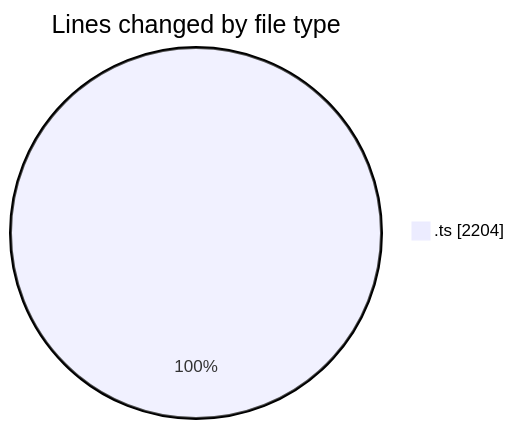
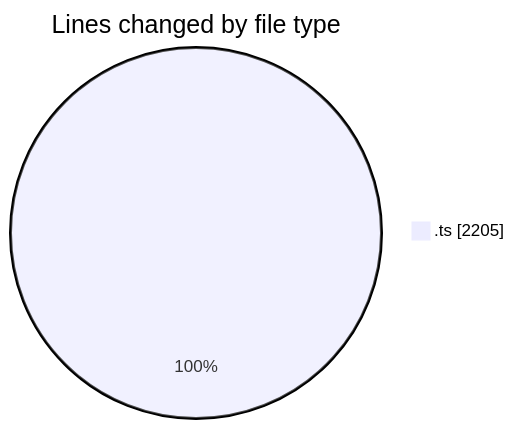
One commit to momahboobian/code-tracking changed the first of 2 diagrams in 2025-10-24/cda/README.md. Above: the diagram before and after it, drawn with Mermaid. The commit also changed other lines of this file and 1 other file, not shown here.

````diff
--- a/2025-10-24/cda/README.md
+++ b/2025-10-24/cda/README.md
@@ -24,5 +24,5 @@
 ```mermaid
 pie showData
 title Lines changed by file type
-".ts" : 2204
+".ts" : 2205
 ```
````
